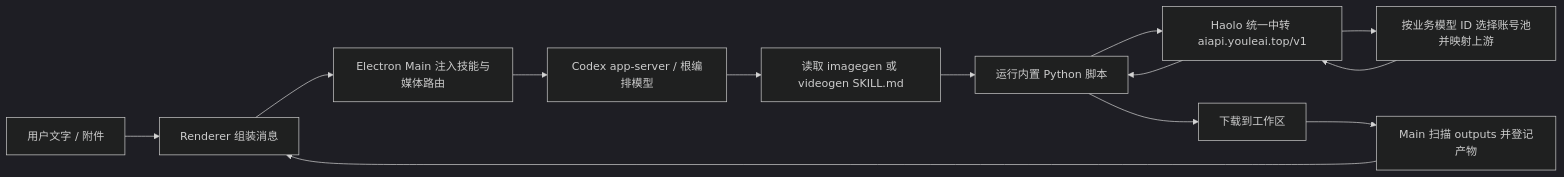
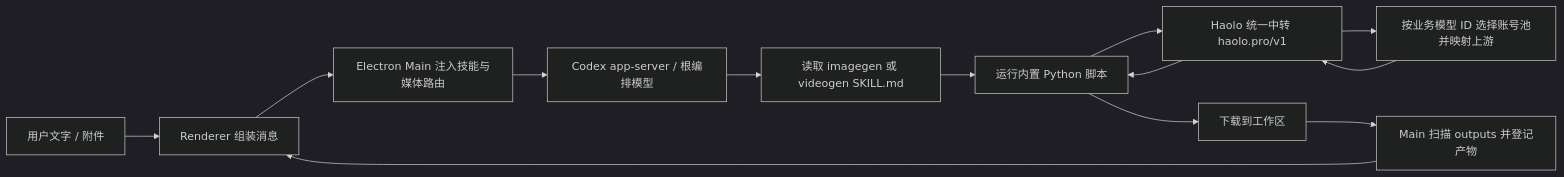
The first of 3 diagrams in youle_desktop/docs/normal-execution-media-generation-chain-report.zh-CN.md (cuirenjie/haolo_web3_mac), drawn with Mermaid (dark theme) before and after one commit. The commit also changed other lines of this file and 46 other files, not shown here.

````diff
--- a/youle_desktop/docs/normal-execution-media-generation-chain-report.zh-CN.md
+++ b/youle_desktop/docs/normal-execution-media-generation-chain-report.zh-CN.md
@@ -12,15 +12,15 @@
 ```mermaid
 flowchart LR
   U["用户文字 / 附件"] --> R["Renderer 组装消息"]
   R --> M["Electron Main 注入技能与媒体路由"]
   M --> C["Codex app-server / 根编排模型"]
   C --> S["读取 imagegen 或 videogen SKILL.md"]
   S --> P["运行内置 Python 脚本"]
-  P --> G["Haolo 统一中转 aiapi.youleai.top/v1"]
+  P --> G["Haolo 统一中转 haolo.pro/v1"]
   G --> A["按业务模型 ID 选择账号池并映射上游"]
   A --> G
   G --> P
   P --> O["下载到工作区"]
   O --> I["Main 扫描 outputs 并登记产物"]
   I --> R
 ```
````
